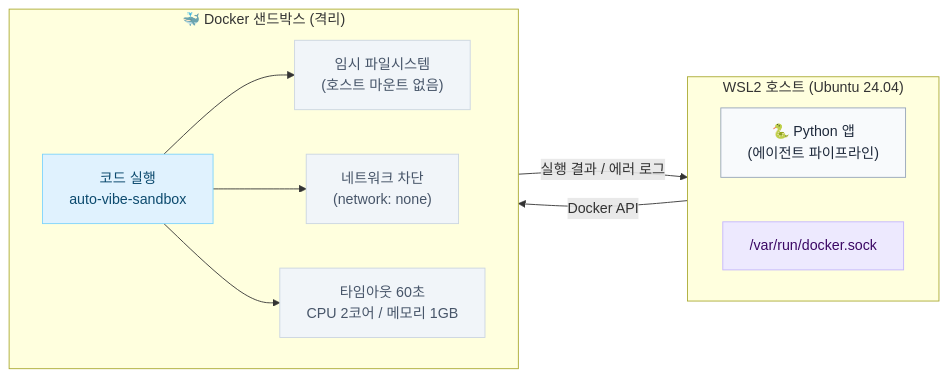
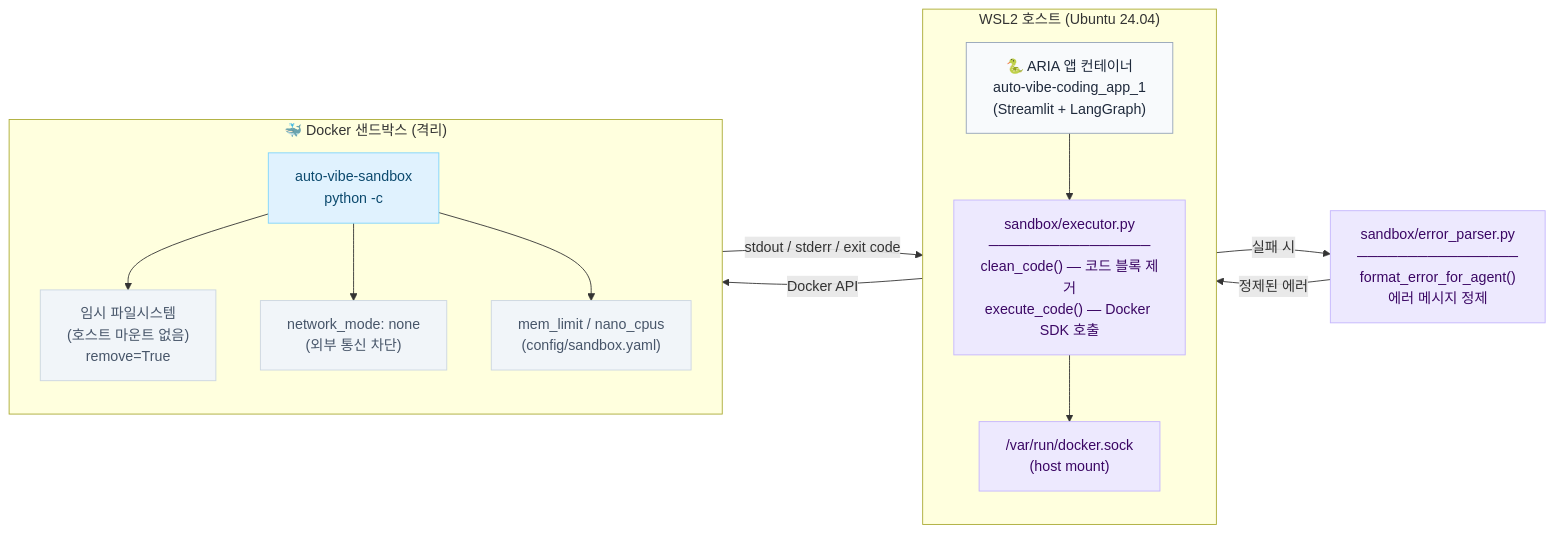
Before and after one commit to kuro-0211/auto-vibe-coding: the diagram in architecture/architecture_sandbox.mermaid, drawn with Mermaid. The commit also changed 9 other files, not shown here.

```diff
--- a/architecture/architecture_sandbox.mermaid
+++ b/architecture/architecture_sandbox.mermaid
@@ -1,25 +1,31 @@
 flowchart LR
     subgraph HOST["WSL2 호스트 (Ubuntu 24.04)"]
-        direction LR
-        APP["🐍 Python 앱\n(에이전트 파이프라인)"]:::app
-        SOCK["/var/run/docker.sock"]:::tool
+        direction TB
+        APP["🐍 ARIA 앱 컨테이너\nauto-vibe-coding_app_1\n(Streamlit + LangGraph)"]:::app
+        EXECUTOR["sandbox/executor.py\n────────────────\nclean_code() — 코드 블록 제거\nexecute_code() — Docker SDK 호출"]:::tool
+        SOCK["/var/run/docker.sock\n(host mount)"]:::tool
+        APP --> EXECUTOR --> SOCK
     end
 
     subgraph SB["🐳 Docker 샌드박스 (격리)"]
-        direction LR
-        RUN["코드 실행\nauto-vibe-sandbox"]:::docker
-        FS["임시 파일시스템\n(호스트 마운트 없음)"]:::slate
-        NET["네트워크 차단\n(network: none)"]:::slate
-        TIME["타임아웃 60초\nCPU 2코어 / 메모리 1GB"]:::slate
+        direction TB
+        RUN["auto-vibe-sandbox\npython -c <code>"]:::docker
+        FS["임시 파일시스템\n(호스트 마운트 없음)\nremove=True"]:::slate
+        NET["network_mode: none\n(외부 통신 차단)"]:::slate
+        LIMIT["mem_limit / nano_cpus\n(config/sandbox.yaml)"]:::slate
         RUN --> FS
         RUN --> NET
-        RUN --> TIME
+        RUN --> LIMIT
     end
 
-    HOST -- "Docker API" --> SB
-    SB -- "실행 결과 / 에러 로그" --> APP
+    PARSER["sandbox/error_parser.py\n────────────────\nformat_error_for_agent()\n에러 메시지 정제"]:::tool
+
+    SOCK -- "Docker API" --> SB
+    SB -- "stdout / stderr / exit code" --> EXECUTOR
+    EXECUTOR -- "실패 시" --> PARSER
+    PARSER -- "정제된 에러" --> APP
 
     classDef app    fill:#f8fafc,stroke:#94a3b8,color:#1e293b
     classDef tool   fill:#ede9fe,stroke:#c4b5fd,color:#3b0764
     classDef docker fill:#e0f2fe,stroke:#7dd3fc,color:#0c4a6e
     classDef slate  fill:#f1f5f9,stroke:#cbd5e1,color:#475569
```
